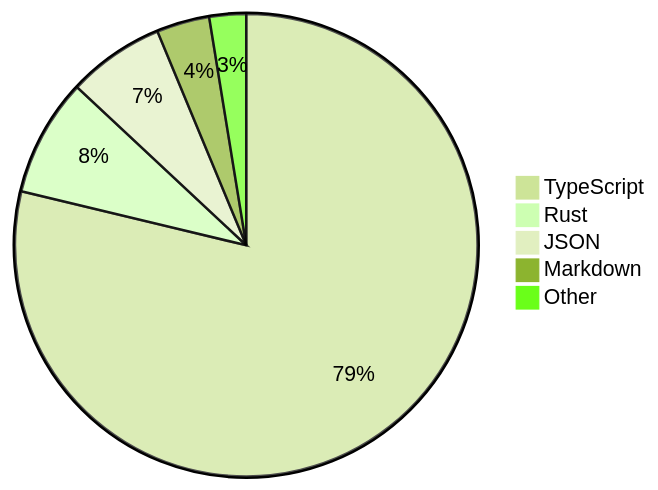
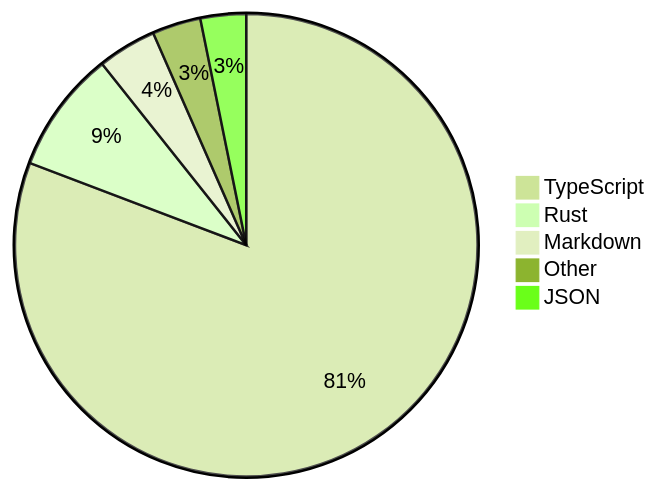
Before and after one commit to skvggor/skvggor: the diagram in README.md, drawn with Mermaid (forest theme).

Commit message:
Updated waka-readme graph with new metrics

````diff
--- a/README.md
+++ b/README.md
@@ -28,8 +28,8 @@
 ```mermaid
 pie
-    "TypeScript" : 76.7
-    "Rust" : 8.0
-    "JSON" : 6.6
-    "Markdown" : 3.6
-    "Other" : 2.5
+    "TypeScript" : 78.6
+    "Rust" : 8.3
+    "Markdown" : 4.0
+    "Other" : 3.3
+    "JSON" : 3.1
 ```
````
